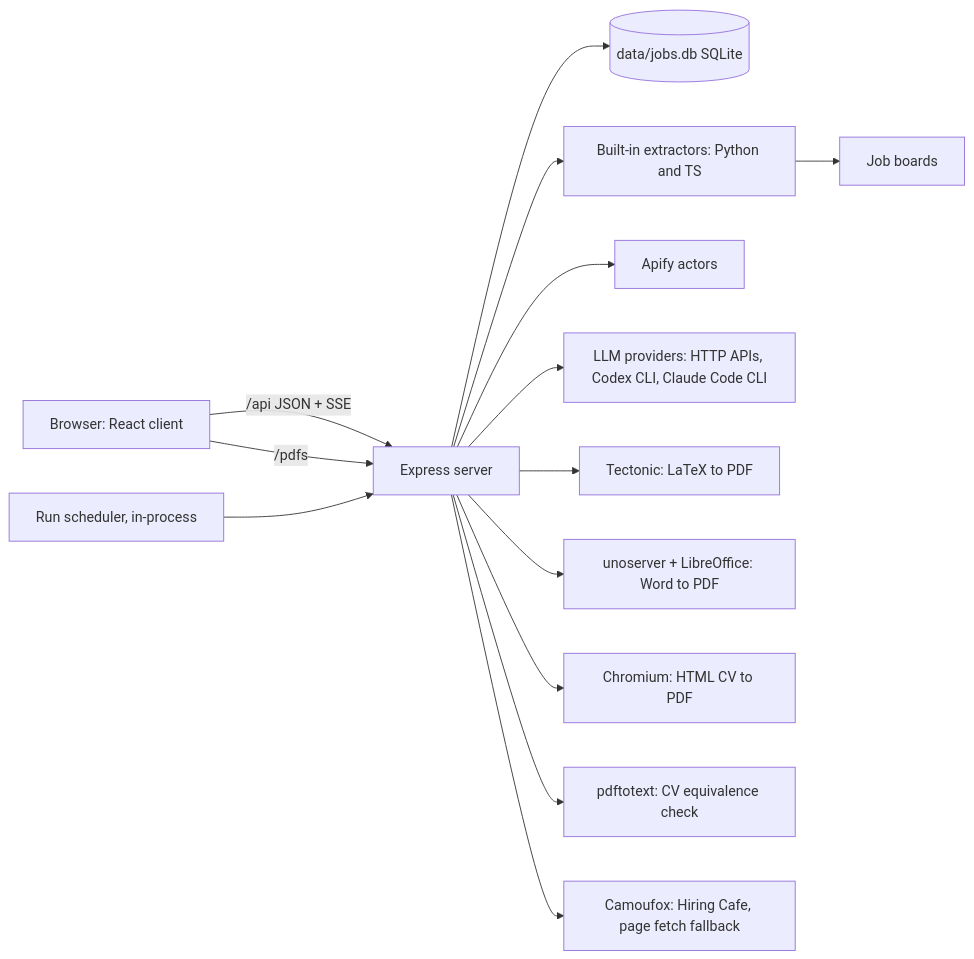
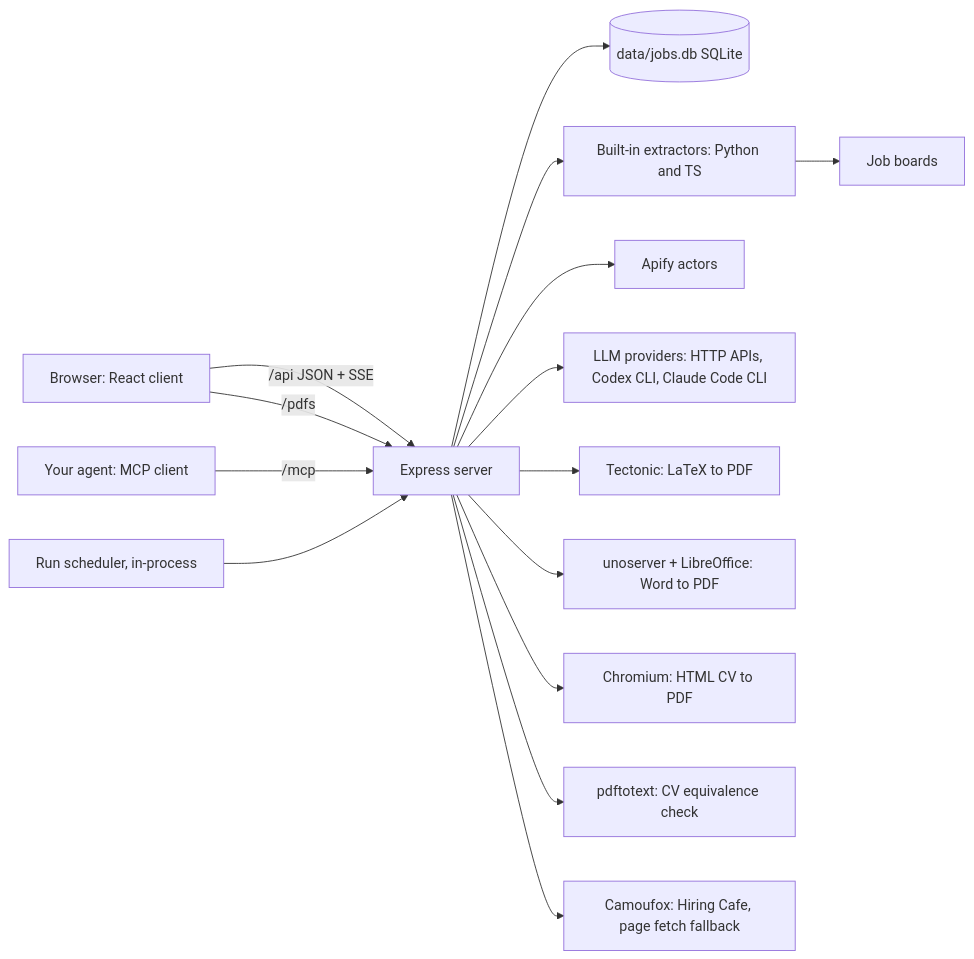
The first of 3 diagrams in docs/architecture/system.md (joaopn/cvclanker), drawn with Mermaid before and after one commit. The commit also changed other lines of this file and 6 other files, not shown here.

````diff
--- a/docs/architecture/system.md
+++ b/docs/architecture/system.md
@@ -14,16 +14,17 @@
 ```mermaid
 flowchart LR
   B["Browser: React client"] -->|"/api JSON + SSE"| S["Express server"]
   B -->|"/pdfs"| S
+  AG["Your agent: MCP client"] -->|"/mcp"| S
   S --> DB[("data/jobs.db SQLite")]
   S --> X["Built-in extractors: Python and TS"]
   S --> AP["Apify actors"]
   S --> L["LLM providers: HTTP APIs, Codex CLI, Claude Code CLI"]
   S --> T["Tectonic: LaTeX to PDF"]
   S --> U["unoserver + LibreOffice: Word to PDF"]
   S --> CH["Chromium: HTML CV to PDF"]
   S --> P["pdftotext: CV equivalence check"]
   S --> W["Camoufox: Hiring Cafe, page fetch fallback"]
   X --> JB["Job boards"]
   SC["Run scheduler, in-process"] --> S
 ```
````
